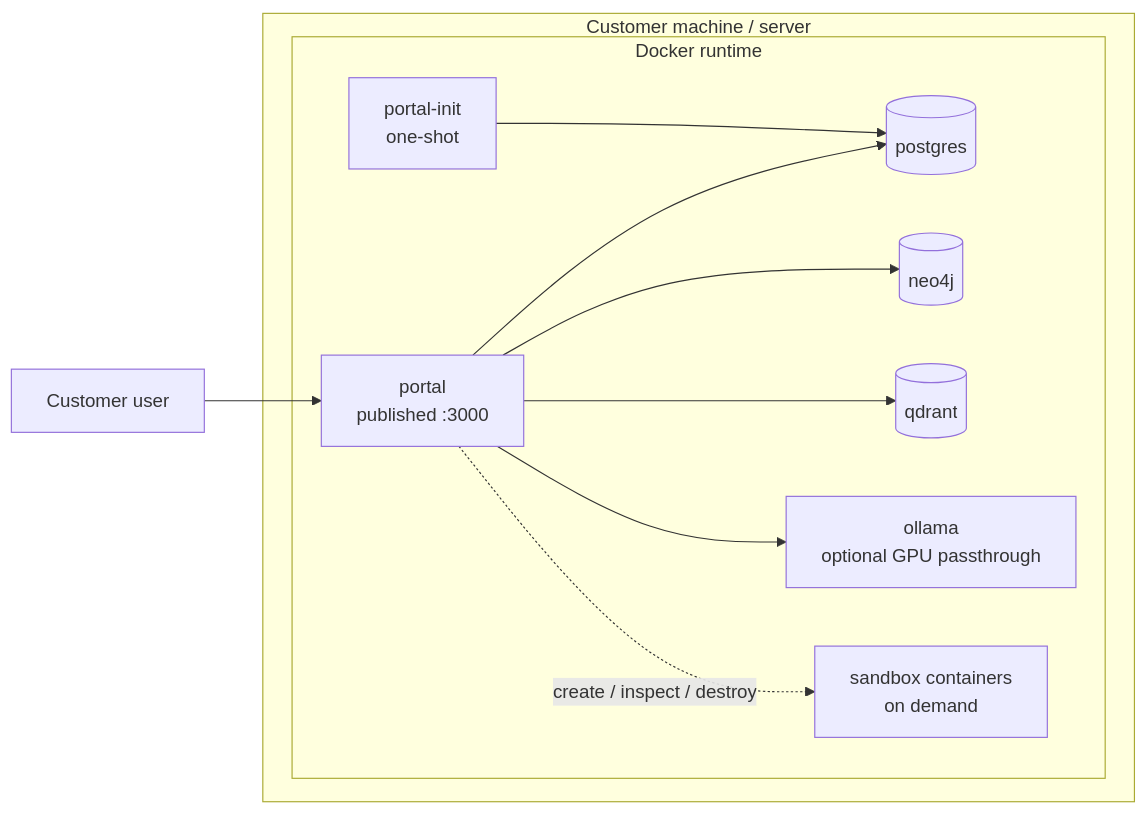
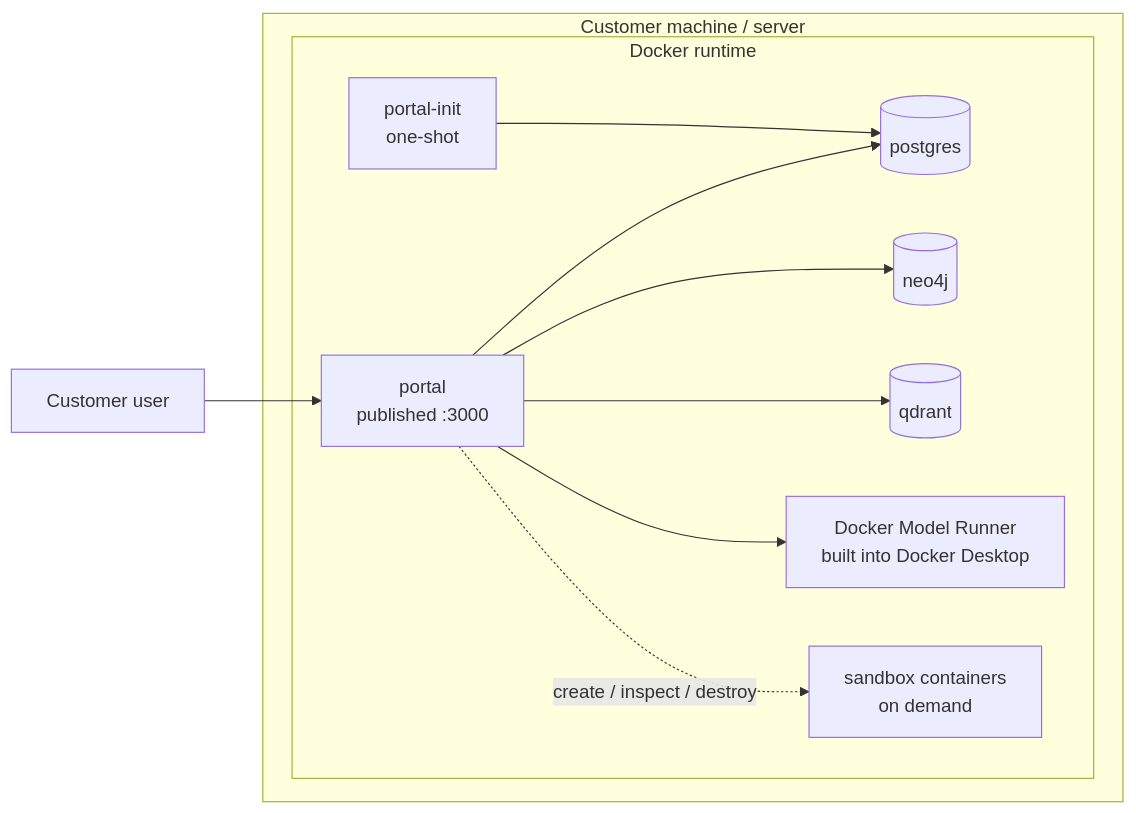
The first of 3 diagrams in docs/architecture/platform-overview.md (OpenDigitalProductFactory/opendigitalproductfactory), drawn with Mermaid before and after one commit. The commit also changed other lines of this file and 4 other files, not shown here.

````diff
--- a/docs/architecture/platform-overview.md
+++ b/docs/architecture/platform-overview.md
@@ -44,24 +46,24 @@
 ```mermaid
 flowchart LR
     user[Customer user]
 
     subgraph host["Customer machine / server"]
         subgraph docker["Docker runtime"]
             portal[portal<br/>published :3000]
             init[portal-init<br/>one-shot]
             postgres[(postgres)]
             neo4j[(neo4j)]
             qdrant[(qdrant)]
-            ollama[ollama<br/>optional GPU passthrough]
+            modelrunner[Docker Model Runner<br/>built into Docker Desktop]
             sandbox[sandbox containers<br/>on demand]
         end
     end
 
     user --> portal
     init --> postgres
     portal --> postgres
     portal --> neo4j
     portal --> qdrant
-    portal --> ollama
+    portal --> modelrunner
     portal -. create / inspect / destroy .-> sandbox
 ```
````
